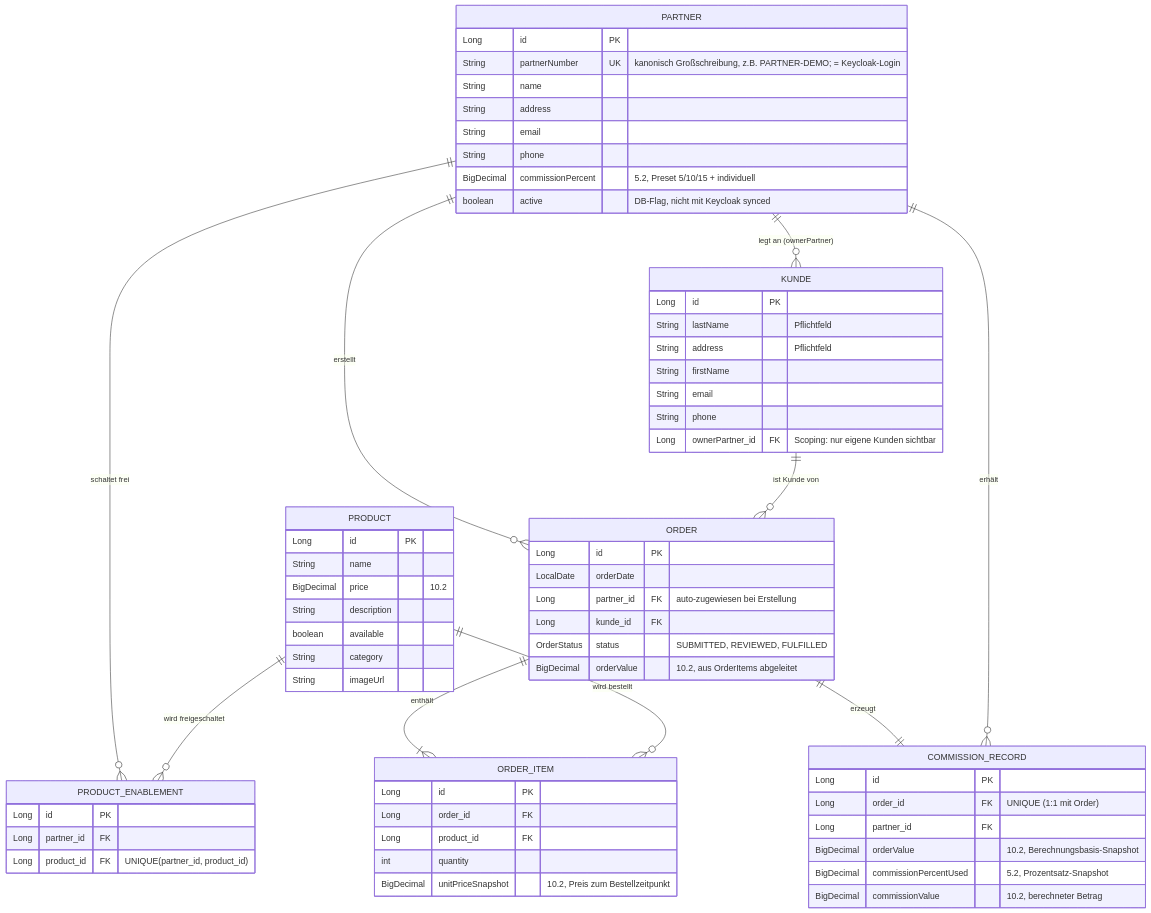
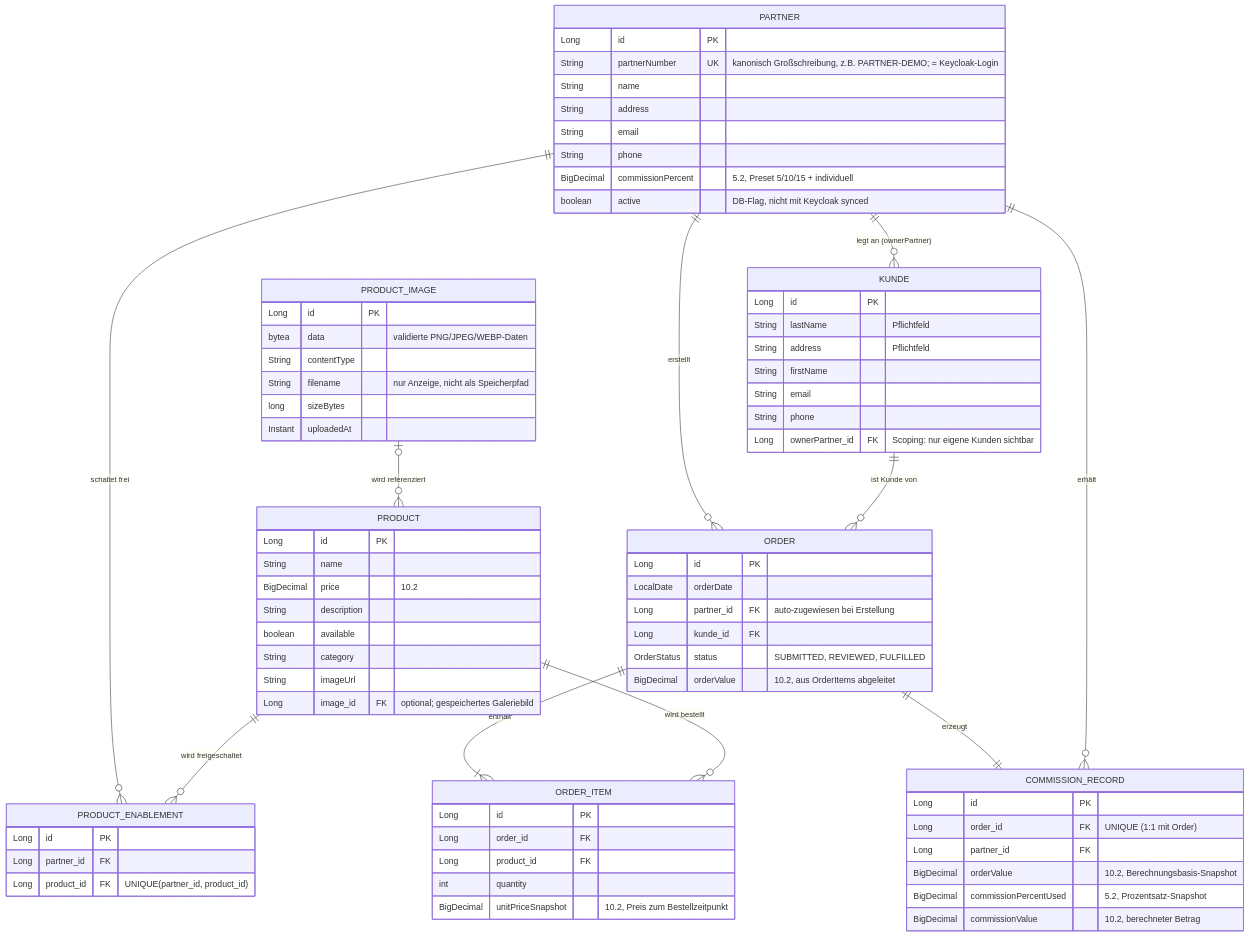
The diagram in docs/DATA_MODEL.md (Chris-Vahram/diplomarbeit-papo), drawn with Mermaid before and after one commit. The commit also changed other lines of this file and 2 other files, not shown here.

Commit message:
docs: sync data model and project status

```diff
--- a/docs/DATA_MODEL.md
+++ b/docs/DATA_MODEL.md
@@ -11,6 +11,7 @@
 erDiagram
     PARTNER ||--o{ PRODUCT_ENABLEMENT : "schaltet frei"
     PRODUCT ||--o{ PRODUCT_ENABLEMENT : "wird freigeschaltet"
+    PRODUCT_IMAGE o|--o{ PRODUCT : "wird referenziert"
     PARTNER ||--o{ KUNDE : "legt an (ownerPartner)"
     PARTNER ||--o{ ORDER : "erstellt"
     KUNDE ||--o{ ORDER : "ist Kunde von"
@@ -38,6 +39,16 @@
         boolean available
         String category
         String imageUrl
+        Long image_id FK "optional; gespeichertes Galeriebild"
+    }
+
+    PRODUCT_IMAGE {
+        Long id PK
+        bytea data "validierte PNG/JPEG/WEBP-Daten"
+        String contentType
+        String filename "nur Anzeige, nicht als Speicherpfad"
+        long sizeBytes
+        Instant uploadedAt
     }
 
     PRODUCT_ENABLEMENT {
```
